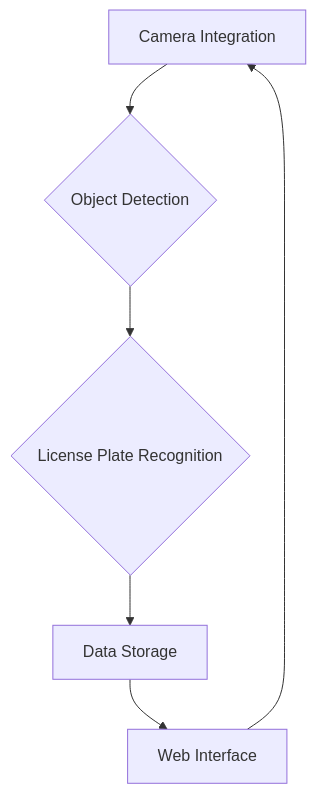
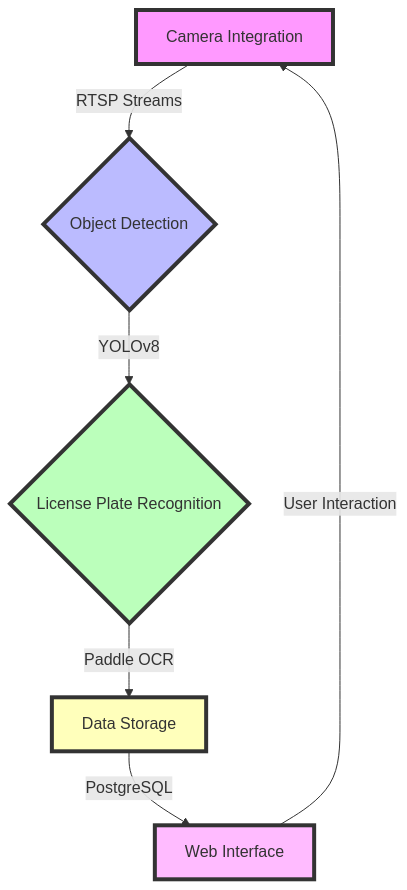
The diagram in README.md (Marinto-Richee/Vehicle-Detection-and-Tracking-System), drawn with Mermaid before and after one commit. The commit also changed other lines of this file, not shown here.

Commit message:
Update README.md: Update project flowchart

````diff
--- a/README.md
+++ b/README.md
@@ -60,8 +60,13 @@
 ```mermaid
 graph TD
-    A[Camera Integration] --> B{Object Detection}
-    B --> C{License Plate Recognition}
-    C --> D[Data Storage]
-    D --> E[Web Interface]
-    E --> A
+    A[Camera Integration] -->|RTSP Streams| B{Object Detection}
+    B -->|YOLOv8| C{License Plate Recognition}
+    C -->|Paddle OCR| D[Data Storage]
+    D -->|PostgreSQL| E[Web Interface]
+    E -->|User Interaction| A
+    style A fill:#f9f,stroke:#333,stroke-width:4px
+    style B fill:#bbf,stroke:#333,stroke-width:4px
+    style C fill:#bfb,stroke:#333,stroke-width:4px
+    style D fill:#ffb,stroke:#333,stroke-width:4px
+    style E fill:#fbf,stroke:#333,stroke-width:4px
 ```
````
